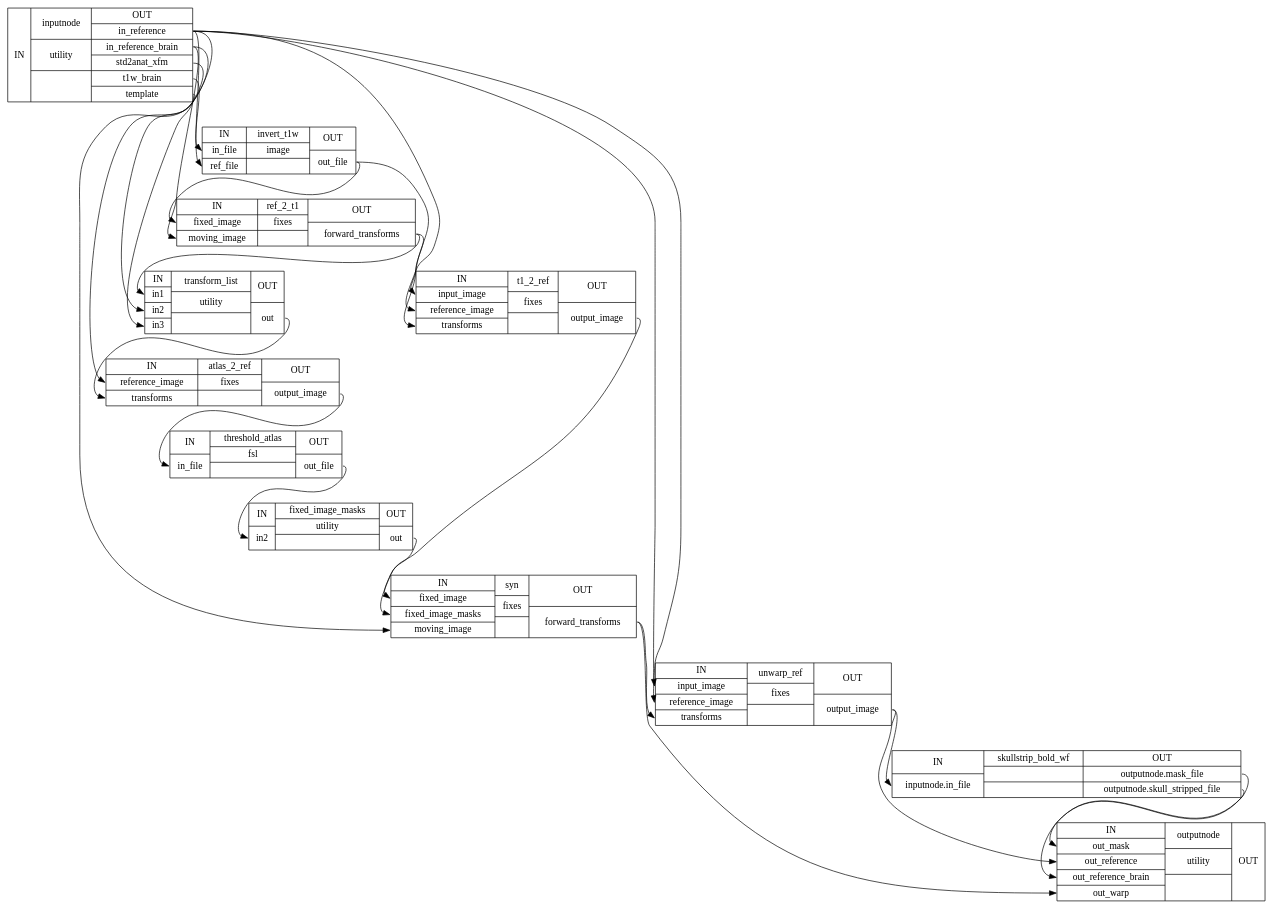
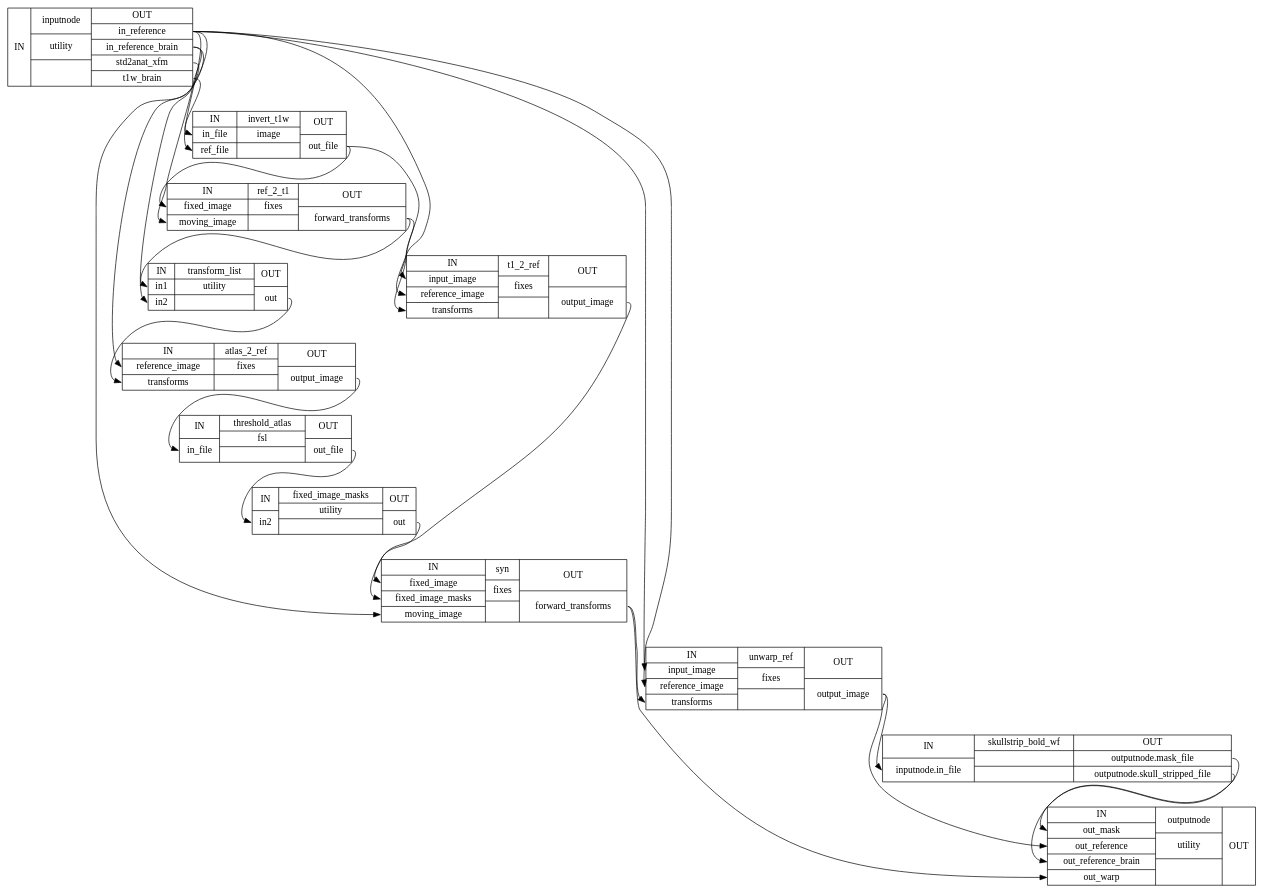
One commit to wayne009007/sdcflows changed the diagram in 1.0.0rc1/wf_directive/api/syn_sdc_wf/sdcflows-workflows-syn-1_detailed.dot. Above: the diagram before and after it, drawn with Graphviz. The commit also changed 222 other files, not shown here.

```diff
--- a/1.0.0rc1/wf_directive/api/syn_sdc_wf/sdcflows-workflows-syn-1_detailed.dot
+++ b/1.0.0rc1/wf_directive/api/syn_sdc_wf/sdcflows-workflows-syn-1_detailed.dot
@@ -1,40 +1,39 @@
 digraph structs {
 node [shape=record];
-syn_sdc_wfinputnode [label="{IN}|{ inputnode | utility |  }|{OUT|<outinreference> in_reference|<outinreferencebrain> in_reference_brain|<outstd2anatxfm> std2anat_xfm|<outt1wbrain> t1w_brain|<outtemplate> template}"];
+syn_sdc_wfinputnode [label="{IN}|{ inputnode | utility |  }|{OUT|<outinreference> in_reference|<outinreferencebrain> in_reference_brain|<outstd2anatxfm> std2anat_xfm|<outt1wbrain> t1w_brain}"];
 syn_sdc_wfinvert_t1w [label="{IN|<ininfile> in_file|<inreffile> ref_file}|{ invert_t1w | image |  }|{OUT|<outoutfile> out_file}"];
 syn_sdc_wfref_2_t1 [label="{IN|<infixedimage> fixed_image|<inmovingimage> moving_image}|{ ref_2_t1 | fixes |  }|{OUT|<outforwardtransforms> forward_transforms}"];
-syn_sdc_wftransform_list [label="{IN|<inin1> in1|<inin2> in2|<inin3> in3}|{ transform_list | utility |  }|{OUT|<outout> out}"];
+syn_sdc_wftransform_list [label="{IN|<inin1> in1|<inin2> in2}|{ transform_list | utility |  }|{OUT|<outout> out}"];
 syn_sdc_wfatlas_2_ref [label="{IN|<inreferenceimage> reference_image|<intransforms> transforms}|{ atlas_2_ref | fixes |  }|{OUT|<outoutputimage> output_image}"];
 syn_sdc_wfthreshold_atlas [label="{IN|<ininfile> in_file}|{ threshold_atlas | fsl |  }|{OUT|<outoutfile> out_file}"];
 syn_sdc_wffixed_image_masks [label="{IN|<inin2> in2}|{ fixed_image_masks | utility |  }|{OUT|<outout> out}"];
 syn_sdc_wft1_2_ref [label="{IN|<ininputimage> input_image|<inreferenceimage> reference_image|<intransforms> transforms}|{ t1_2_ref | fixes |  }|{OUT|<outoutputimage> output_image}"];
 syn_sdc_wfsyn [label="{IN|<infixedimage> fixed_image|<infixedimagemasks> fixed_image_masks|<inmovingimage> moving_image}|{ syn | fixes |  }|{OUT|<outforwardtransforms> forward_transforms}"];
 syn_sdc_wfunwarp_ref [label="{IN|<ininputimage> input_image|<inreferenceimage> reference_image|<intransforms> transforms}|{ unwarp_ref | fixes |  }|{OUT|<outoutputimage> output_image}"];
 syn_sdc_wfskullstrip_bold_wf [label="{IN|<ininputnodeinfile> inputnode.in_file}|{ skullstrip_bold_wf |  |  }|{OUT|<outoutputnodemaskfile> outputnode.mask_file|<outoutputnodeskullstrippedfile> outputnode.skull_stripped_file}"];
 syn_sdc_wfoutputnode [label="{IN|<inoutmask> out_mask|<inoutreference> out_reference|<inoutreferencebrain> out_reference_brain|<inoutwarp> out_warp}|{ outputnode | utility |  }|{OUT}"];
 syn_sdc_wfatlas_2_ref:outoutputimage:e -> syn_sdc_wfthreshold_atlas:ininfile:w;
 syn_sdc_wffixed_image_masks:outout:e -> syn_sdc_wfsyn:infixedimagemasks:w;
 syn_sdc_wfinputnode:outinreference:e -> syn_sdc_wfatlas_2_ref:inreferenceimage:w;
 syn_sdc_wfinputnode:outinreference:e -> syn_sdc_wfinvert_t1w:inreffile:w;
 syn_sdc_wfinputnode:outinreference:e -> syn_sdc_wft1_2_ref:inreferenceimage:w;
 syn_sdc_wfinputnode:outinreference:e -> syn_sdc_wfunwarp_ref:ininputimage:w;
 syn_sdc_wfinputnode:outinreference:e -> syn_sdc_wfunwarp_ref:inreferenceimage:w;
 syn_sdc_wfinputnode:outinreferencebrain:e -> syn_sdc_wfref_2_t1:inmovingimage:w;
 syn_sdc_wfinputnode:outinreferencebrain:e -> syn_sdc_wfsyn:inmovingimage:w;
 syn_sdc_wfinputnode:outstd2anatxfm:e -> syn_sdc_wftransform_list:inin2:w;
 syn_sdc_wfinputnode:outt1wbrain:e -> syn_sdc_wfinvert_t1w:ininfile:w;
-syn_sdc_wfinputnode:outtemplate:e -> syn_sdc_wftransform_list:inin3:w;
 syn_sdc_wfinvert_t1w:outoutfile:e -> syn_sdc_wfref_2_t1:infixedimage:w;
 syn_sdc_wfinvert_t1w:outoutfile:e -> syn_sdc_wft1_2_ref:ininputimage:w;
 syn_sdc_wfref_2_t1:outforwardtransforms:e -> syn_sdc_wft1_2_ref:intransforms:w;
 syn_sdc_wfref_2_t1:outforwardtransforms:e -> syn_sdc_wftransform_list:inin1:w;
 syn_sdc_wfskullstrip_bold_wf:outoutputnodemaskfile:e -> syn_sdc_wfoutputnode:inoutmask:w;
 syn_sdc_wfskullstrip_bold_wf:outoutputnodeskullstrippedfile:e -> syn_sdc_wfoutputnode:inoutreferencebrain:w;
 syn_sdc_wfsyn:outforwardtransforms:e -> syn_sdc_wfoutputnode:inoutwarp:w;
 syn_sdc_wfsyn:outforwardtransforms:e -> syn_sdc_wfunwarp_ref:intransforms:w;
 syn_sdc_wft1_2_ref:outoutputimage:e -> syn_sdc_wfsyn:infixedimage:w;
 syn_sdc_wfthreshold_atlas:outoutfile:e -> syn_sdc_wffixed_image_masks:inin2:w;
 syn_sdc_wftransform_list:outout:e -> syn_sdc_wfatlas_2_ref:intransforms:w;
 syn_sdc_wfunwarp_ref:outoutputimage:e -> syn_sdc_wfoutputnode:inoutreference:w;
 syn_sdc_wfunwarp_ref:outoutputimage:e -> syn_sdc_wfskullstrip_bold_wf:ininputnodeinfile:w;
 }
```
